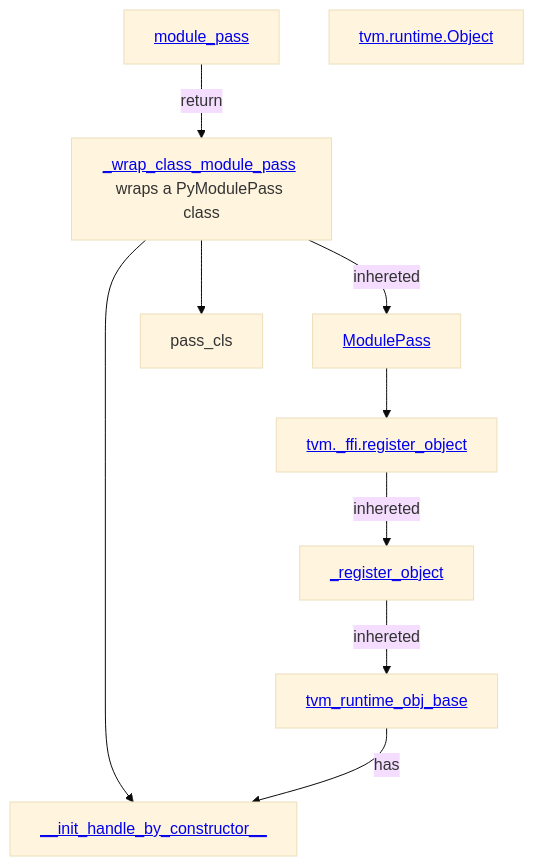
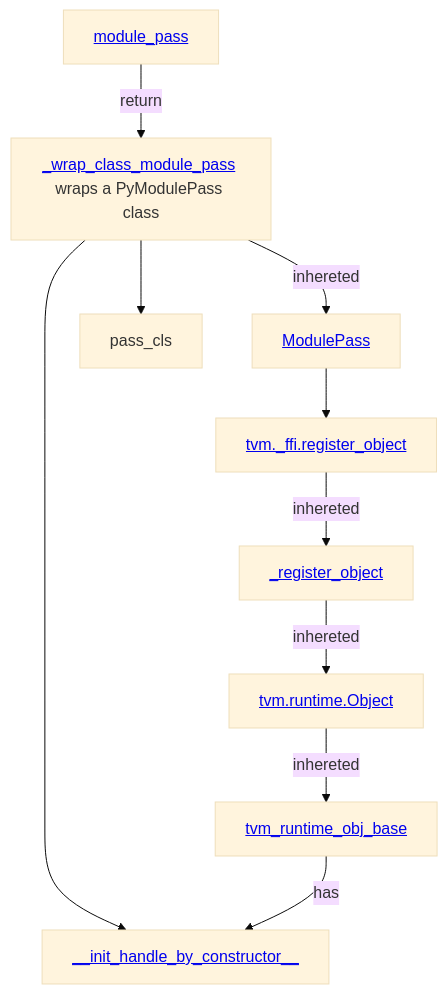
One commit to w32zhong/BitBLAS changed the second of 2 diagrams in README.md. Above: the diagram before and after it, drawn with Mermaid (base theme).

````diff
--- a/README.md
+++ b/README.md
@@ -83,15 +83,15 @@
 ```mermaid
 graph TD;
    module_pass[<a href="https://github.com/LeiWang1999/tvm/blob/618306ce3baa2c606d43856afbe6655e4e67b2c8/python/tvm/ir/transform.py#L325">module_pass</a>]
    _wrap_class_module_pass[<a href="https://github.com/LeiWang1999/tvm/tree/618306ce3baa2c606d43856afbe6655e4e67b2c8/python/tvm/ir/transform.py#L293">_wrap_class_module_pass</a> wraps a PyModulePass class]
    __init_handle_by_constructor__[<a href="https://github.com/LeiWang1999/tvm/tree/618306ce3baa2c606d43856afbe6655e4e67b2c8/python/tvm/ir/transform.py#L309">__init_handle_by_constructor__</a>]
    ModulePass[<a href="https://github.com/LeiWang1999/tvm/blob/618306ce3baa2c606d43856afbe6655e4e67b2c8/python/tvm/ir/transform.py#L242">ModulePass</a>]
    register_object[<a href="https://github.com/LeiWang1999/tvm/blob/618306ce3baa2c606d43856afbe6655e4e67b2c8/python/tvm/_ffi/registry.py#L41-L82">tvm._ffi.register_object</a>]
    _register_object[<a href="https://github.com/LeiWang1999/tvm/blob/618306ce3baa2c606d43856afbe6655e4e67b2c8/python/tvm/_ffi/_ctypes/object.py#L42">_register_object</a>]
    tvm_runtime_obj[<a href="https://github.com/LeiWang1999/tvm/blob/618306ce3baa2c606d43856afbe6655e4e67b2c8/python/tvm/runtime/object.py#L49">tvm.runtime.Object</a>]
    tvm_runtime_obj_base[<a href="https://github.com/LeiWang1999/tvm/blob/618306ce3baa2c606d43856afbe6655e4e67b2c8/python/tvm/_ffi/_ctypes/object.py#L111">tvm_runtime_obj_base</a>]
     
    module_pass -->|return| _wrap_class_module_pass --> pass_cls
    _wrap_class_module_pass --> __init_handle_by_constructor__
-   _wrap_class_module_pass -->|inhereted| ModulePass --> register_object -->|inhereted| _register_object -->|inhereted| tvm_runtime_obj_base -->|has| __init_handle_by_constructor__
+   _wrap_class_module_pass -->|inhereted| ModulePass --> register_object -->|inhereted| _register_object -->|inhereted| tvm_runtime_obj -->|inhereted| tvm_runtime_obj_base -->|has| __init_handle_by_constructor__
 ```
````
